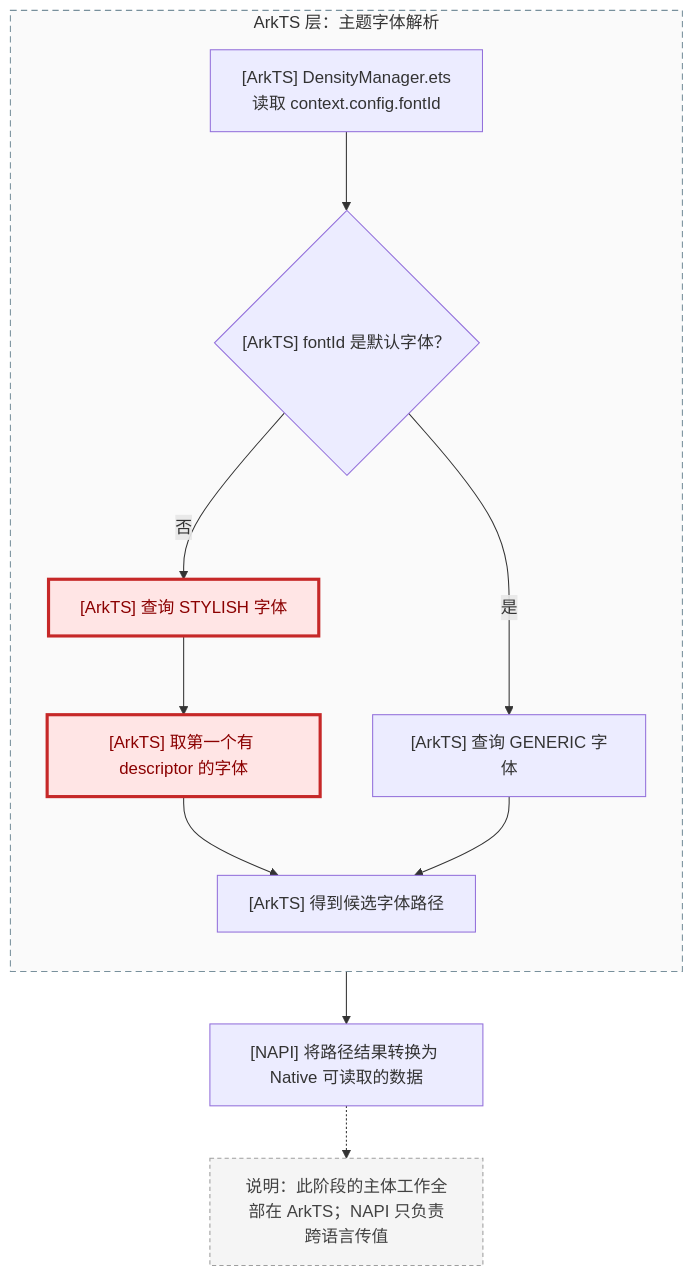
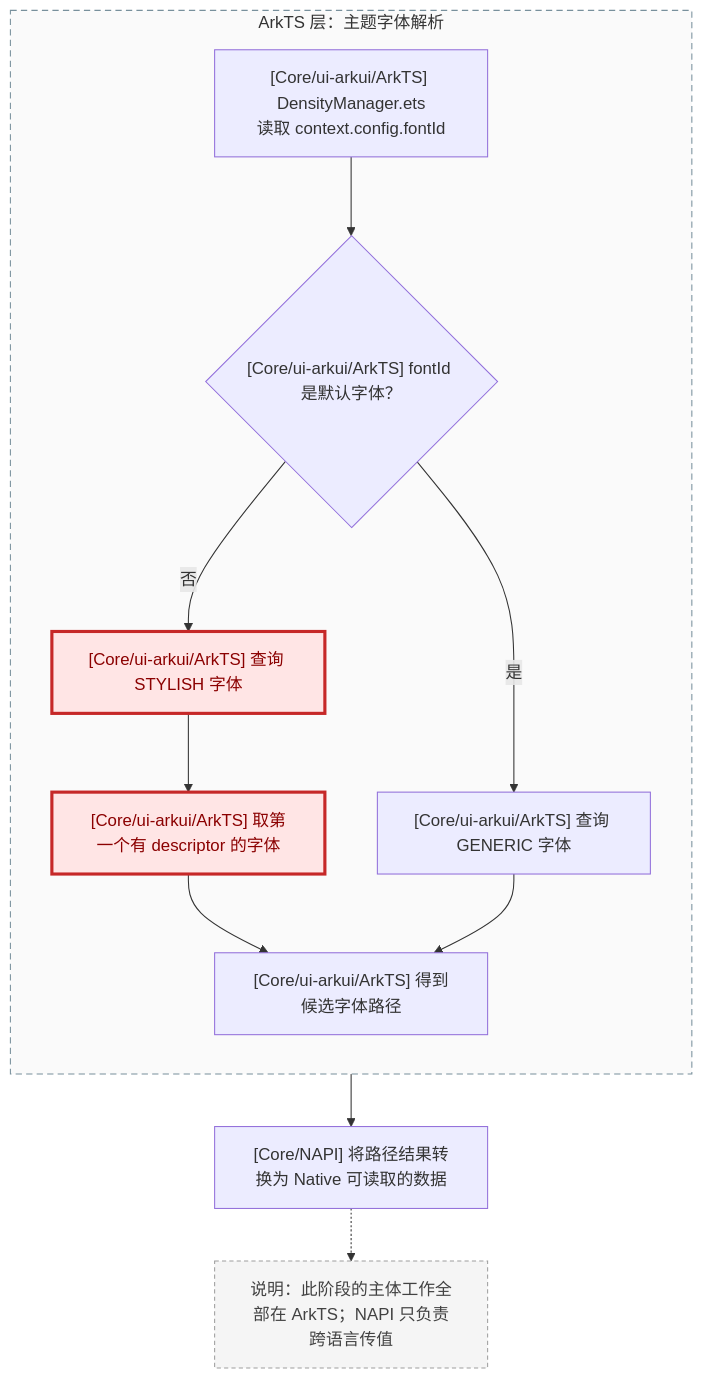
Before and after one commit to jsdegithub/CMP-DOCS: the third of 10 diagrams in CMP不跟随系统字体问题-根因与修复思路.md, drawn with Mermaid. The commit also changed other lines of this file, not shown here.

````diff
--- a/CMP不跟随系统字体问题-根因与修复思路.md
+++ b/CMP不跟随系统字体问题-根因与修复思路.md
@@ -138,19 +146,19 @@
 ```mermaid
 flowchart TD
     subgraph ARKTS["ArkTS 层：主题字体解析"]
         direction TD
-        A["[ArkTS] DensityManager.ets<br/>读取 context.config.fontId"] --> B{"[ArkTS] fontId 是默认字体？"}
-        B -->|"是"| C["[ArkTS] 查询 GENERIC 字体"]
-        B -->|"否"| D["[ArkTS] 查询 STYLISH 字体"]:::problem
-        D --> E["[ArkTS] 取第一个有 descriptor 的字体"]:::problem
-        E --> F["[ArkTS] 得到候选字体路径"]
+        A["[Core/ui-arkui/ArkTS] DensityManager.ets<br/>读取 context.config.fontId"] --> B{"[Core/ui-arkui/ArkTS] fontId 是默认字体？"}
+        B -->|"是"| C["[Core/ui-arkui/ArkTS] 查询 GENERIC 字体"]
+        B -->|"否"| D["[Core/ui-arkui/ArkTS] 查询 STYLISH 字体"]:::problem
+        D --> E["[Core/ui-arkui/ArkTS] 取第一个有 descriptor 的字体"]:::problem
+        E --> F["[Core/ui-arkui/ArkTS] 得到候选字体路径"]
         C --> F
     end
-    F --> G["[NAPI] 将路径结果转换为 Native 可读取的数据"]
+    F --> G["[Core/NAPI] 将路径结果转换为 Native 可读取的数据"]
     G -.-> NOTE["说明：此阶段的主体工作全部在 ArkTS；NAPI 只负责跨语言传值"]
 
     style ARKTS fill:#fafafa,stroke:#78909c,stroke-width:1px,stroke-dasharray:6 4
     classDef note fill:#f5f5f5,stroke:#9e9e9e,stroke-width:1px,stroke-dasharray:4 3,color:#424242;
     class NOTE note;
     classDef problem fill:#ffe5e5,stroke:#c62828,stroke-width:3px,color:#8b0000;
 ```
````
